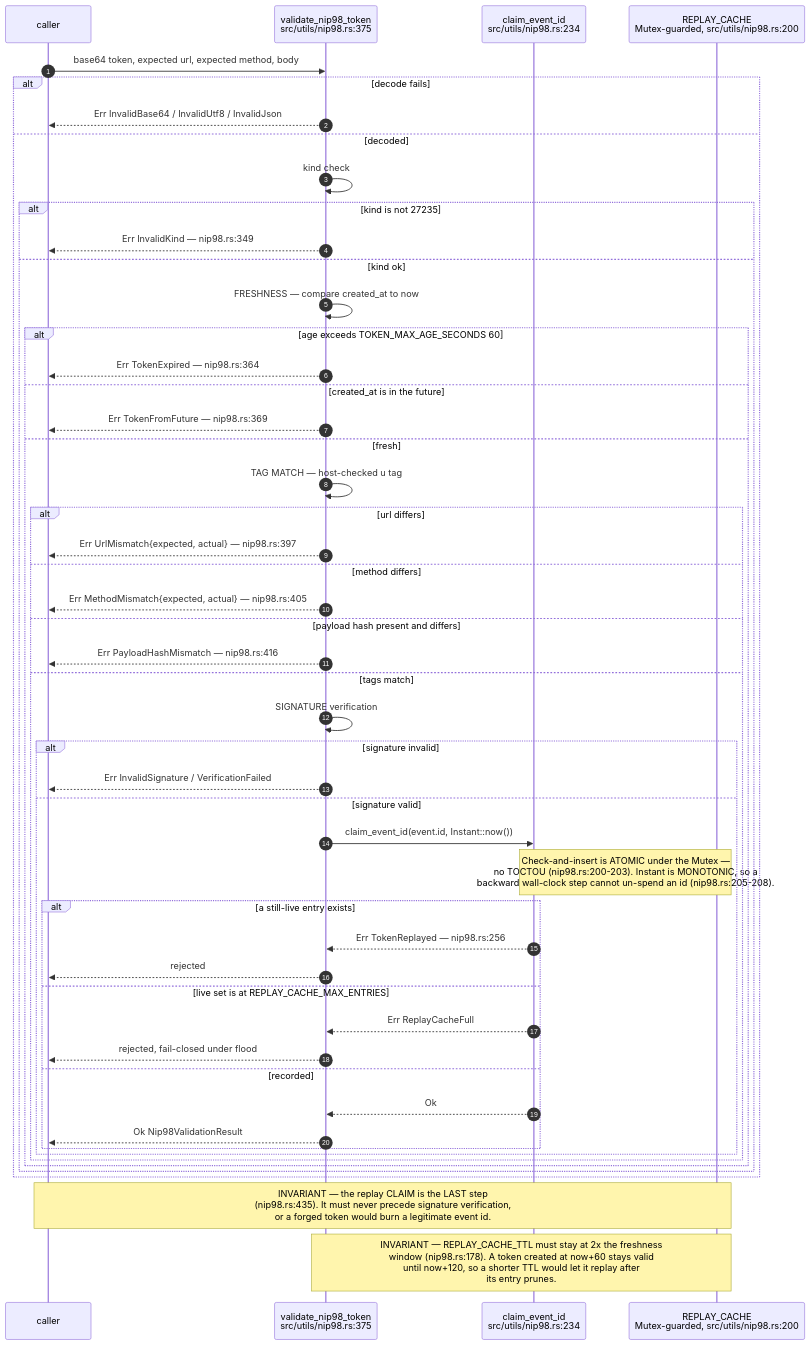
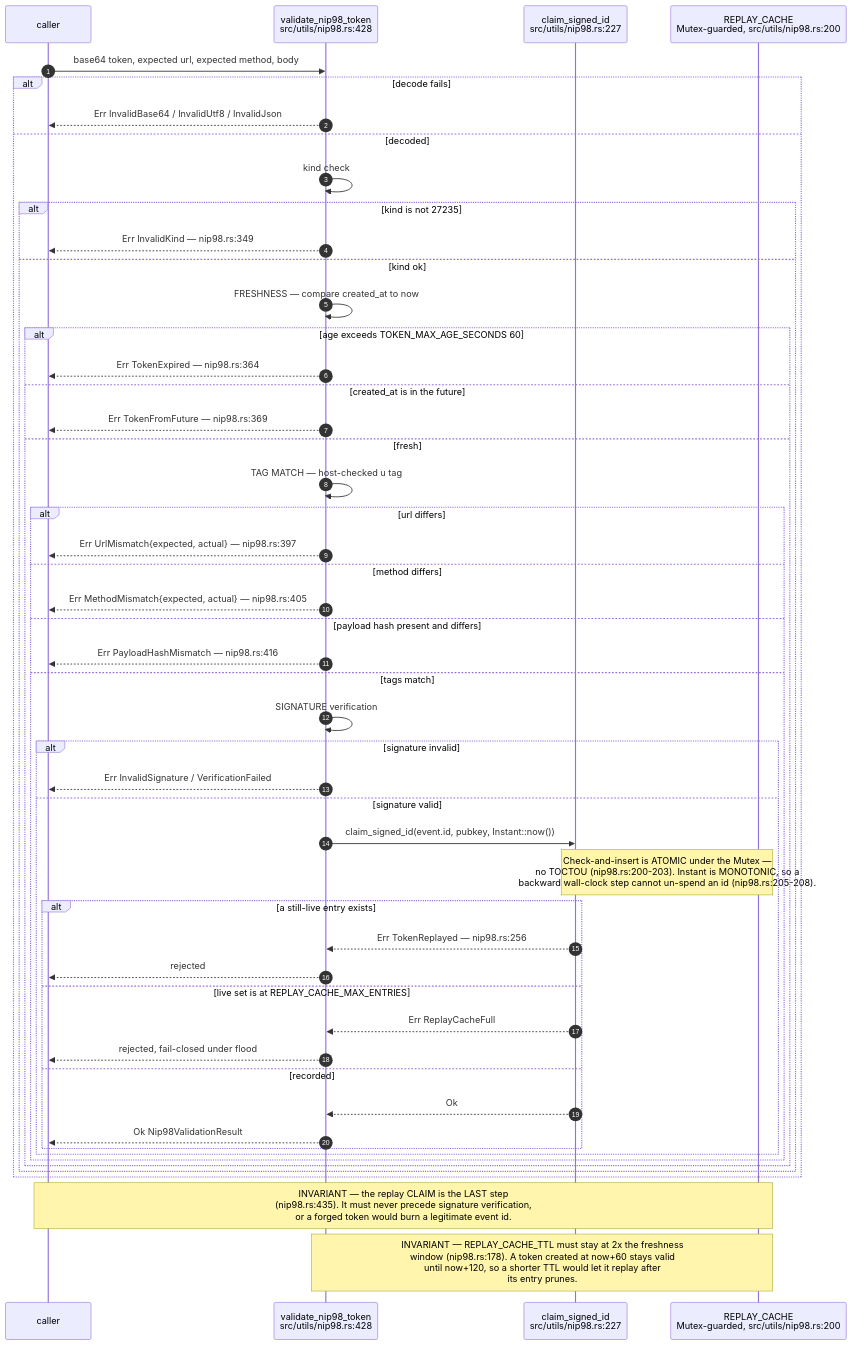
Before and after one commit to DreamLab-AI/VisionFlow: the third of 6 diagrams in docs/diagrams/estate/04-identity-mesh-did-nostr.md, drawn with Mermaid. The commit also changed other lines of this file and 51 other files, not shown here.

First line of the commit message:
docs(diagrams): agentbox AB-01..13 re-attested anchor by anchor (980 anchors, 22 defects); checkpoint against an out-of-mesh writer

````diff
--- a/docs/diagrams/estate/04-identity-mesh-did-nostr.md
+++ b/docs/diagrams/estate/04-identity-mesh-did-nostr.md
@@ -133,54 +133,54 @@
 ```mermaid
 sequenceDiagram
     autonumber
     participant C as caller
-    participant V as validate_nip98_token<br/>src/utils/nip98.rs:375
-    participant R as claim_event_id<br/>src/utils/nip98.rs:234
+    participant V as validate_nip98_token<br/>src/utils/nip98.rs:428
+    participant R as claim_signed_id<br/>src/utils/nip98.rs:227
     participant CACHE as REPLAY_CACHE<br/>Mutex-guarded, src/utils/nip98.rs:200
 
     C->>V: base64 token, expected url, expected method, body
     alt decode fails
         V-->>C: Err InvalidBase64 / InvalidUtf8 / InvalidJson
     else decoded
         V->>V: kind check
         alt kind is not 27235
             V-->>C: Err InvalidKind — nip98.rs:349
         else kind ok
             V->>V: FRESHNESS — compare created_at to now
             alt age exceeds TOKEN_MAX_AGE_SECONDS 60
                 V-->>C: Err TokenExpired — nip98.rs:364
             else created_at is in the future
                 V-->>C: Err TokenFromFuture — nip98.rs:369
             else fresh
                 V->>V: TAG MATCH — host-checked u tag
                 alt url differs
                     V-->>C: Err UrlMismatch{expected, actual} — nip98.rs:397
                 else method differs
                     V-->>C: Err MethodMismatch{expected, actual} — nip98.rs:405
                 else payload hash present and differs
                     V-->>C: Err PayloadHashMismatch — nip98.rs:416
                 else tags match
                     V->>V: SIGNATURE verification
                     alt signature invalid
                         V-->>C: Err InvalidSignature / VerificationFailed
                     else signature valid
-                        V->>R: claim_event_id(event.id, Instant::now())
+                        V->>R: claim_signed_id(event.id, pubkey, Instant::now())
                         Note over R,CACHE: Check-and-insert is ATOMIC under the Mutex —<br/>no TOCTOU (nip98.rs:200-203). Instant is MONOTONIC, so a<br/>backward wall-clock step cannot un-spend an id (nip98.rs:205-208).
                         alt a still-live entry exists
                             R-->>V: Err TokenReplayed — nip98.rs:256
                             V-->>C: rejected
                         else live set is at REPLAY_CACHE_MAX_ENTRIES
                             R-->>V: Err ReplayCacheFull
                             V-->>C: rejected, fail-closed under flood
                         else recorded
                             R-->>V: Ok
                             V-->>C: Ok Nip98ValidationResult
                         end
                     end
                 end
             end
         end
     end
     Note over C,CACHE: INVARIANT — the replay CLAIM is the LAST step<br/>(nip98.rs:435). It must never precede signature verification,<br/>or a forged token would burn a legitimate event id.
     Note over V,CACHE: INVARIANT — REPLAY_CACHE_TTL must stay at 2x the freshness<br/>window (nip98.rs:178). A token created at now+60 stays valid<br/>until now+120, so a shorter TTL would let it replay after<br/>its entry prunes.
 ```
````
